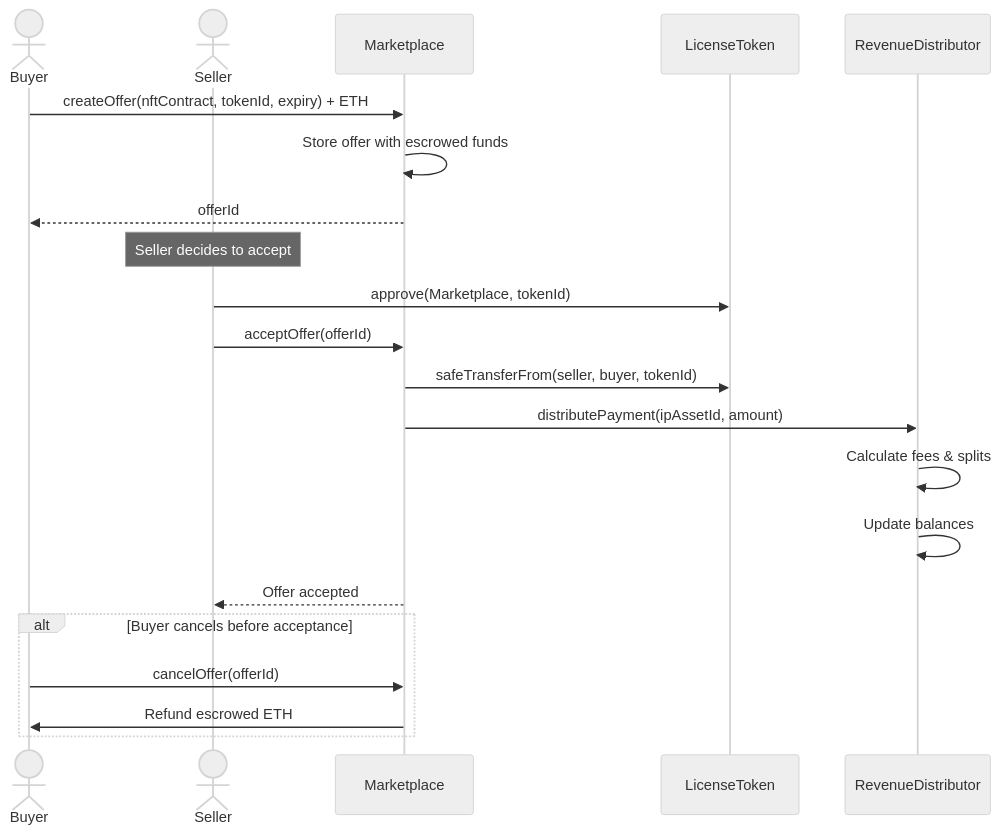
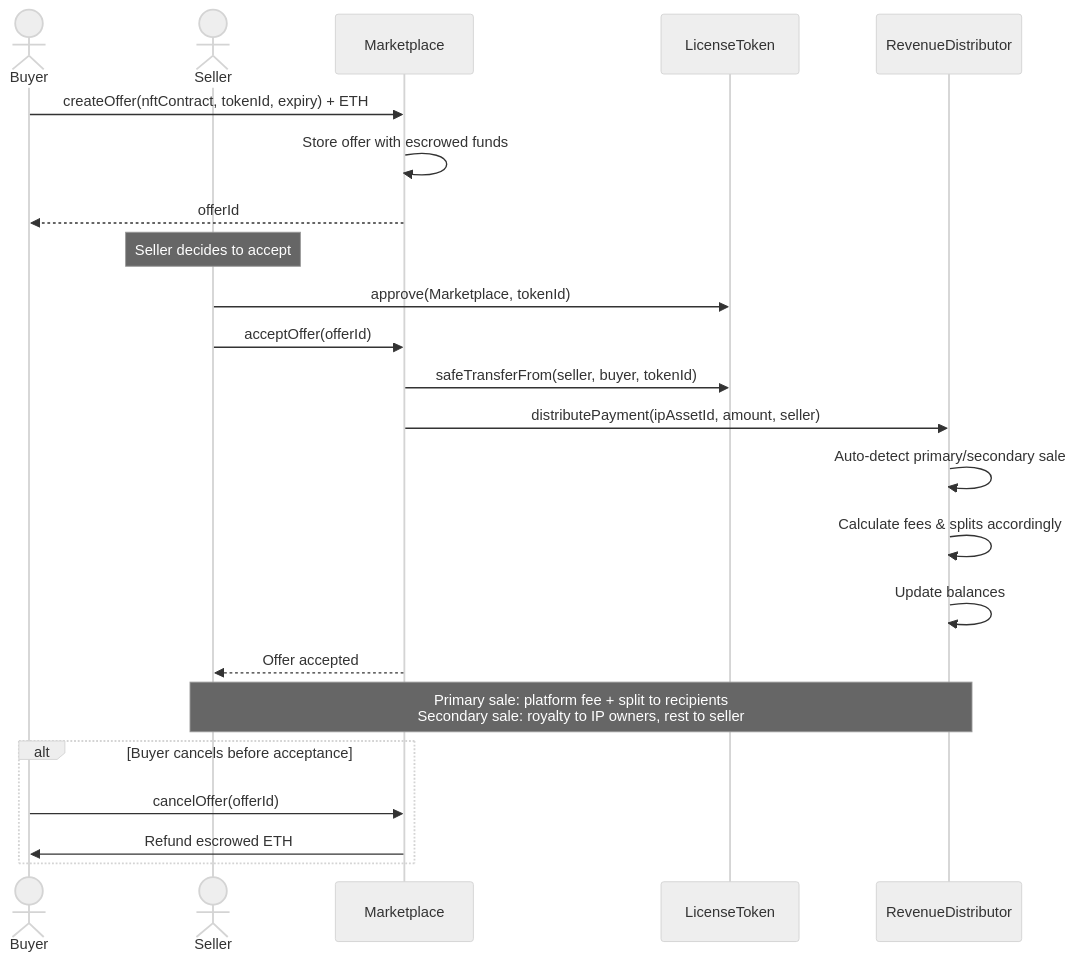
The third of 6 diagrams in docs/src/architecture/user-flows.md (nomadbitcoin/softlaw-marketplace-contracts), drawn with Mermaid (neutral theme) before and after one commit. The commit also changed other lines of this file and 21 other files, not shown here.

````diff
--- a/docs/src/architecture/user-flows.md
+++ b/docs/src/architecture/user-flows.md
@@ -57,27 +58,30 @@
 ```mermaid
 sequenceDiagram
     actor Buyer
     actor Seller
     participant MP as Marketplace
     participant LT as LicenseToken
     participant RD as RevenueDistributor
 
     Buyer->>MP: createOffer(nftContract, tokenId, expiry) + ETH
     MP->>MP: Store offer with escrowed funds
     MP-->>Buyer: offerId
 
     Note over Seller: Seller decides to accept
 
     Seller->>LT: approve(Marketplace, tokenId)
     Seller->>MP: acceptOffer(offerId)
     MP->>LT: safeTransferFrom(seller, buyer, tokenId)
-    MP->>RD: distributePayment(ipAssetId, amount)
-    RD->>RD: Calculate fees & splits
+    MP->>RD: distributePayment(ipAssetId, amount, seller)
+    RD->>RD: Auto-detect primary/secondary sale
+    RD->>RD: Calculate fees & splits accordingly
     RD->>RD: Update balances
     MP-->>Seller: Offer accepted
+
+    Note over Seller,RD: Primary sale: platform fee + split to recipients<br/>Secondary sale: royalty to IP owners, rest to seller
 
     alt Buyer cancels before acceptance
         Buyer->>MP: cancelOffer(offerId)
         MP->>Buyer: Refund escrowed ETH
     end
 ```
````
